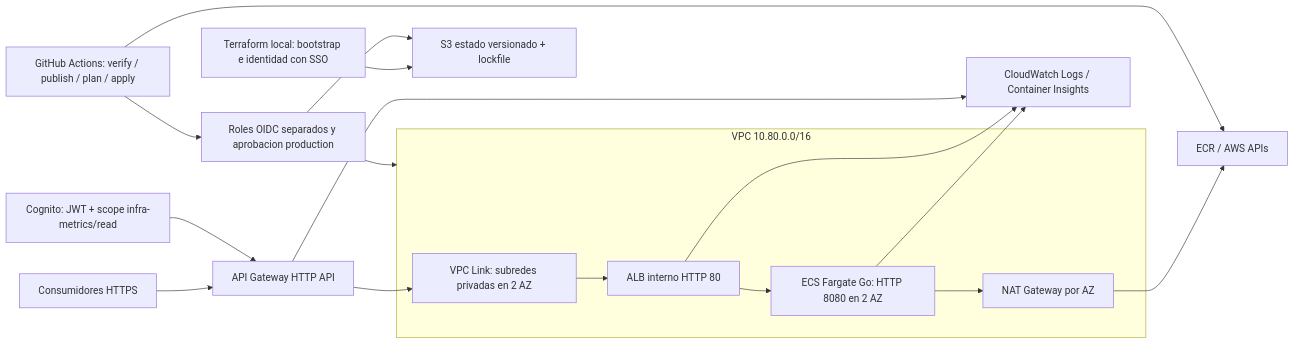
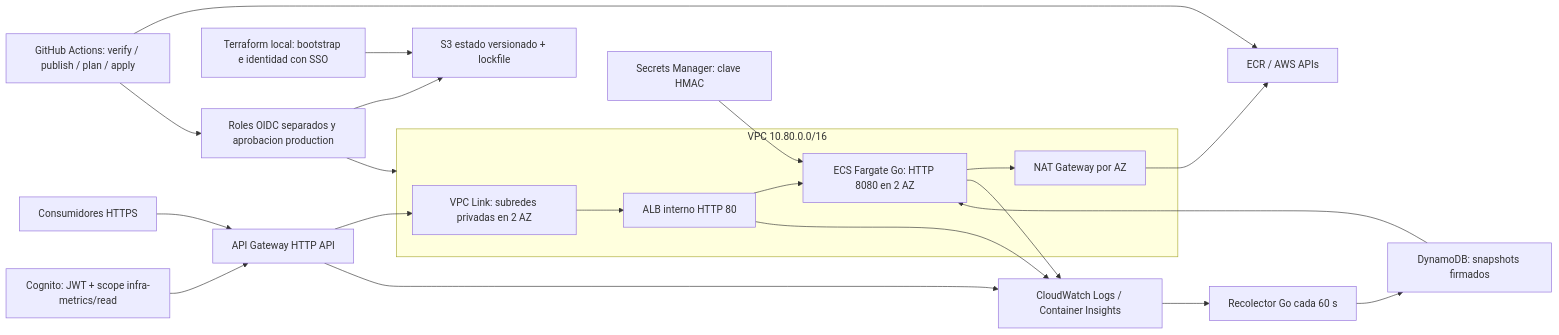
The diagram in docs/architecture.md (Camilo2299/MeliChallenge), drawn with Mermaid before and after one commit. The commit also changed other lines of this file and 27 other files, not shown here.

````diff
--- a/docs/architecture.md
+++ b/docs/architecture.md
@@ -3,20 +3,24 @@
 ```mermaid
 flowchart LR
   C[Consumidores HTTPS] --> G[API Gateway HTTP API]
   IDP[Cognito: JWT + scope infra-metrics/read] --> G
   G --> L[VPC Link: subredes privadas en 2 AZ]
   subgraph VPC["VPC 10.80.0.0/16"]
     L --> A[ALB interno HTTP 80]
     A --> E[ECS Fargate Go: HTTP 8080 en 2 AZ]
     E --> N[NAT Gateway por AZ]
   end
   N --> R[ECR / AWS APIs]
   E --> CW[CloudWatch Logs / Container Insights]
+  CW --> COL[Recolector Go cada 60 s]
+  COL --> DDB[DynamoDB: snapshots firmados]
+  DDB --> E
+  SM[Secrets Manager: clave HMAC] --> E
   G --> CW
   A --> CW
   TF[Terraform local: bootstrap e identidad con SSO] --> BS[S3 estado versionado + lockfile]
   CI[GitHub Actions: verify / publish / plan / apply] --> R
   CI --> OIDC[Roles OIDC separados y aprobacion production]
   OIDC --> BS
   OIDC --> VPC
 ```
````
